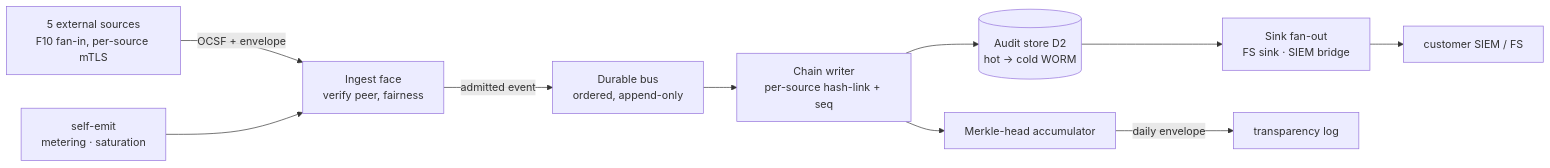
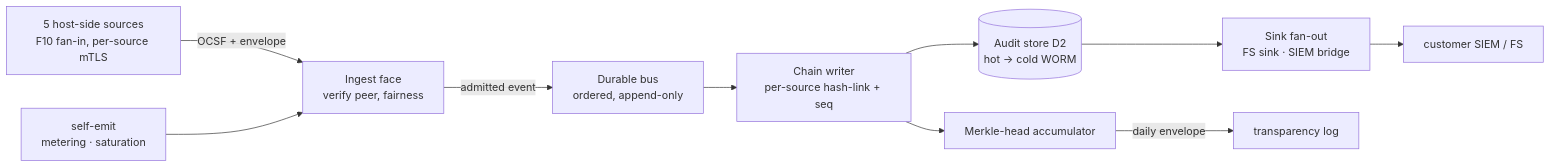
The diagram in docs/architecture/components/07-audit-pipeline.md (Wide-Moat/open-computer-use), drawn with Mermaid before and after one commit. The commit also changed other lines of this file and 42 other files, not shown here.

First line of the commit message:
docs(architecture): conform the whole canon to the component-map constitution (wave 1)

````diff
--- a/docs/architecture/components/07-audit-pipeline.md
+++ b/docs/architecture/components/07-audit-pipeline.md
@@ -27,12 +27,12 @@
 ```mermaid
 flowchart LR
-    EXT[5 external sources<br/>F10 fan-in, per-source mTLS] -->|OCSF + envelope| ING[Ingest face<br/>verify peer, fairness]
+    EXT[5 host-side sources<br/>F10 fan-in, per-source mTLS] -->|OCSF + envelope| ING[Ingest face<br/>verify peer, fairness]
     SELF[self-emit<br/>metering · saturation] --> ING
     ING -->|admitted event| BUS[Durable bus<br/>ordered, append-only]
     BUS --> CHAIN[Chain writer<br/>per-source hash-link + seq]
     CHAIN --> STORE[(Audit store D2<br/>hot → cold WORM)]
     CHAIN --> ANCHOR[Merkle-head accumulator]
     STORE --> FANOUT[Sink fan-out<br/>FS sink · SIEM bridge]
     ANCHOR -->|daily envelope| TLOG[transparency log]
     FANOUT --> SINK[customer SIEM / FS]
 ```
````
